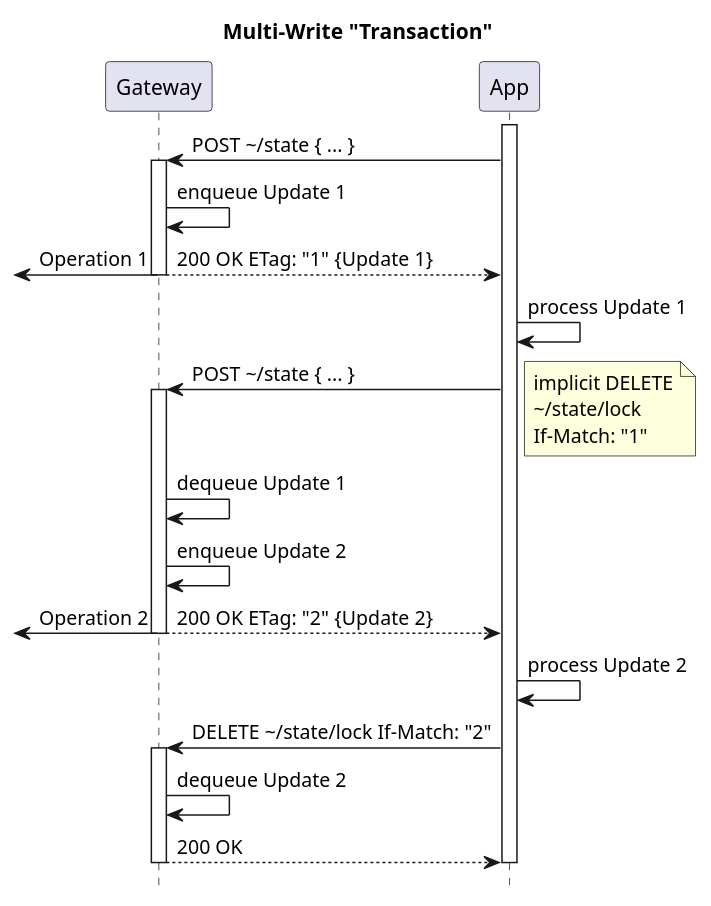
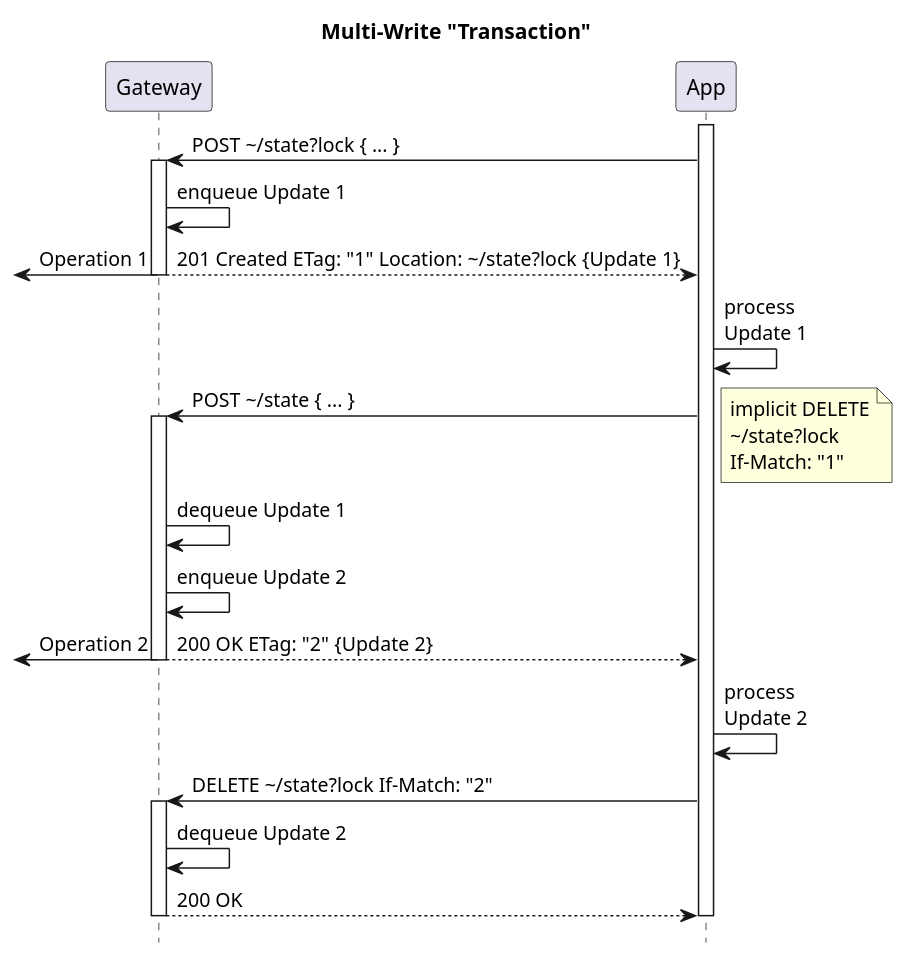
Before and after one commit to m-ld/m-ld-gateway: the diagram in architecture/api/http/4-multi-write.seq.puml, drawn with PlantUML. The commit also changed 30 other files, not shown here.

```diff
--- a/architecture/api/http/4-multi-write.seq.puml
+++ b/architecture/api/http/4-multi-write.seq.puml
@@ -1,33 +1,33 @@
 @startuml
 'https://plantuml.com/sequence-diagram
 !pragma teoz true
 hide footbox
 
 title: Multi-Write "Transaction"
 
 participant Gateway as gw
 participant "App" as app
 
 activate app
-app -> gw ++: POST \~/state { ... }
+app -> gw ++: POST \~/state?lock { ... }
 gw -> gw: enqueue Update 1
-return 200 OK ETag: "1" {Update 1}
+return 201 Created ETag: "1" Location: \~/state?lock {Update 1}
 & <- gw: Operation 1
-app -> app: process Update 1
+app -> app: process\nUpdate 1
 app -> gw ++: POST \~/state { ... }
 note right
 implicit DELETE
-\~/state/lock
+\~/state?lock
 If-Match: "1"
 end note
 gw -> gw: dequeue Update 1
 gw -> gw: enqueue Update 2
 return 200 OK ETag: "2" {Update 2}
 & <- gw: Operation 2
-app -> app: process Update 2
-app -> gw ++: DELETE \~/state/lock If-Match: "2"
+app -> app: process\nUpdate 2
+app -> gw ++: DELETE \~/state?lock If-Match: "2"
 gw -> gw: dequeue Update 2
 return 200 OK
 deactivate app
 
 @enduml
```
